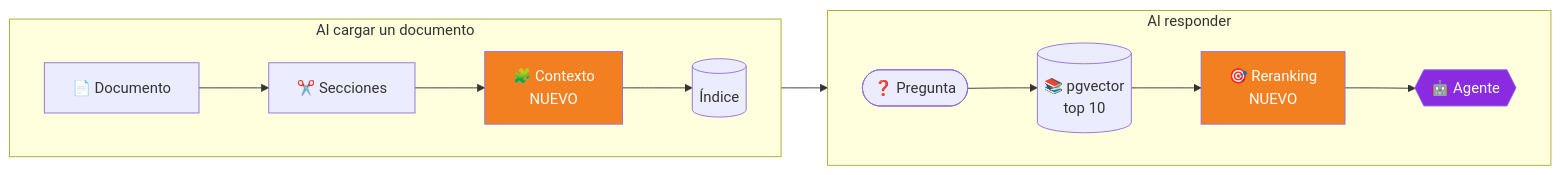
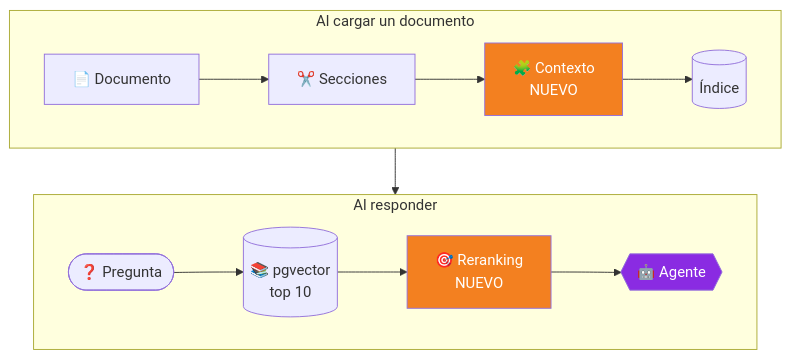
The third of 4 diagrams in PUESTA-AL-DIA.md (grancobud/arm-whatsapp), drawn with Mermaid before and after one commit.

Commit message:
docs: tarea A en dos filas

````diff
--- a/PUESTA-AL-DIA.md
+++ b/PUESTA-AL-DIA.md
@@ -138,14 +138,14 @@
 ```mermaid
-flowchart LR
+flowchart TB
     subgraph Q [Al responder]
         direction LR
         Q1([❓ Pregunta]) --> S[(📚 pgvector<br/>top 10)] --> RR[🎯 Reranking<br/>NUEVO]:::n --> A{{🤖 Agente}}:::a
     end
     subgraph I [Al cargar un documento]
         direction LR
         D[📄 Documento] --> CH[✂️ Secciones] --> CX[🧩 Contexto<br/>NUEVO]:::n --> IX[(Índice)]
     end
     I --> Q
     classDef n fill:#F38020,color:#fff
     classDef a fill:#8A2BE2,color:#fff
 ```
````
